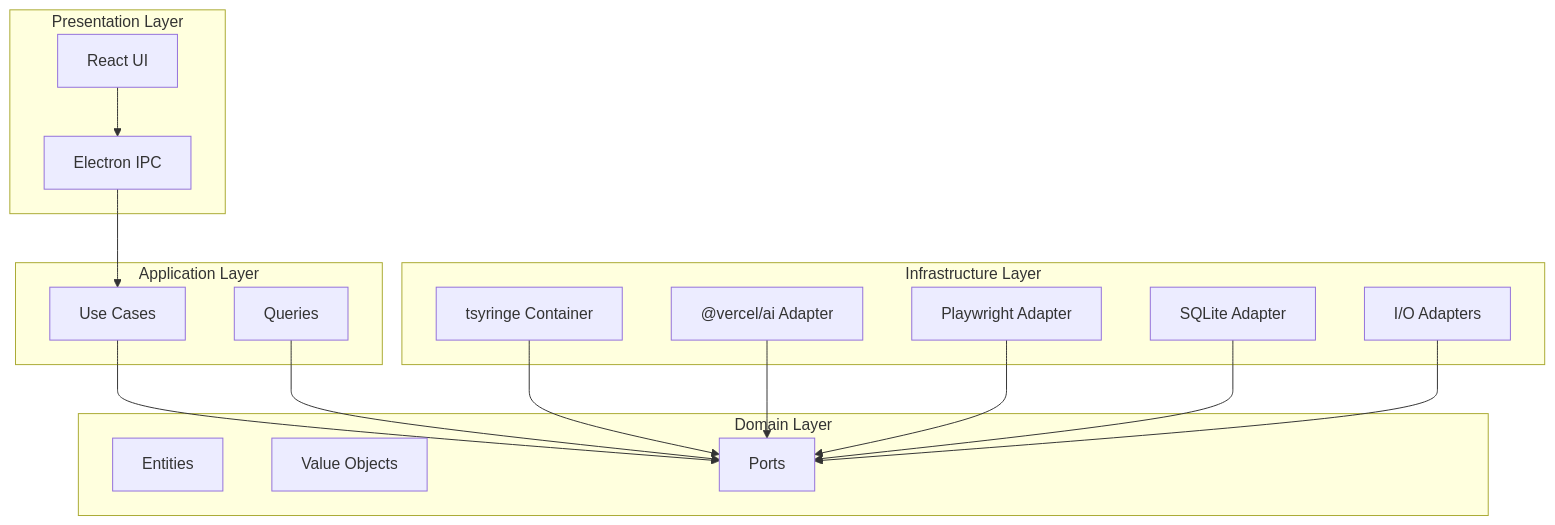
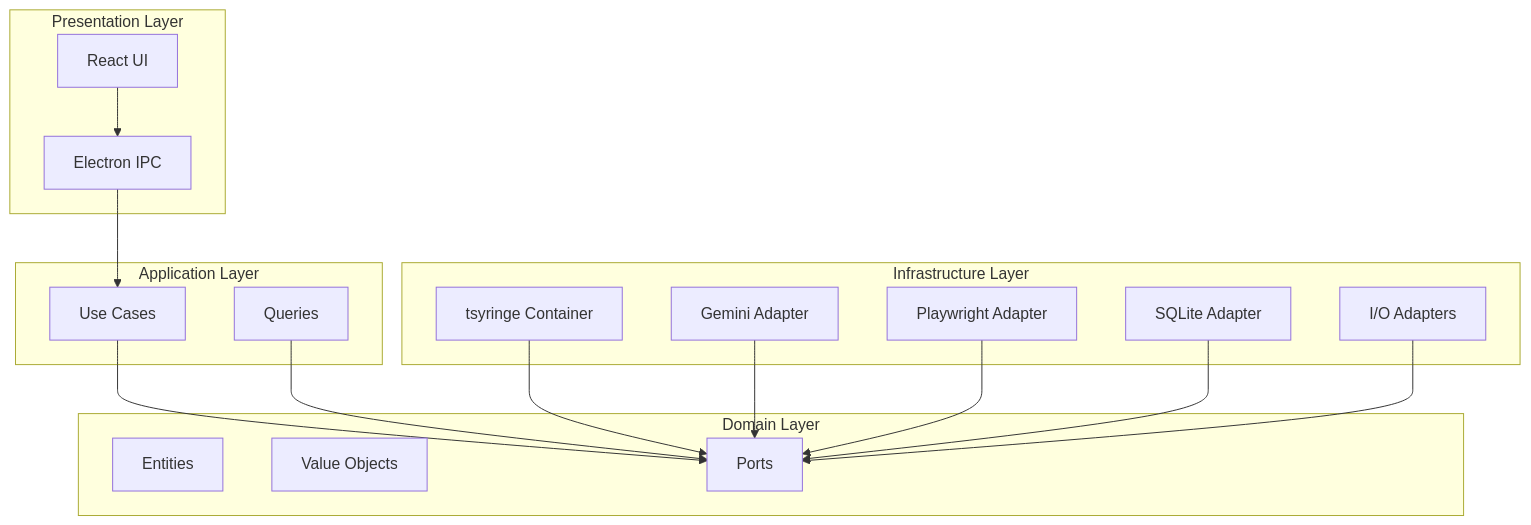
One commit to brmel/Domia changed the second of 2 diagrams in docs/ARCHITECTURE.md. Above: the diagram before and after it, drawn with Mermaid. The commit also changed other lines of this file and 14 other files, not shown here.

Commit message:
phase 5: remove all traces of LangChain, Vercel AI SDK, OpenAI, Anthropic, and vLLM providers

````diff
--- a/docs/ARCHITECTURE.md
+++ b/docs/ARCHITECTURE.md
@@ -161,35 +161,35 @@
 ```mermaid
 graph TB
     subgraph Presentation["Presentation Layer"]
         UI["React UI"]
         IPC[Electron IPC]
     end
     
     subgraph Application["Application Layer"]
         UC[Use Cases]
         Q[Queries]
     end
     
     subgraph Domain["Domain Layer"]
         E[Entities]
         VO[Value Objects]
         P[Ports]
     end
     
     subgraph Infrastructure["Infrastructure Layer"]
         DI[tsyringe Container]
-        LLM["@vercel/ai Adapter"]
+        LLM["Gemini Adapter"]
         Browser[Playwright Adapter]
         Store[SQLite Adapter]
         IO[I/O Adapters]
     end
     
     UI --> IPC --> UC
     UC --> P
     Q --> P
     DI --> P
     LLM --> P
     Browser --> P
     Store --> P
     IO --> P
 ```
````
